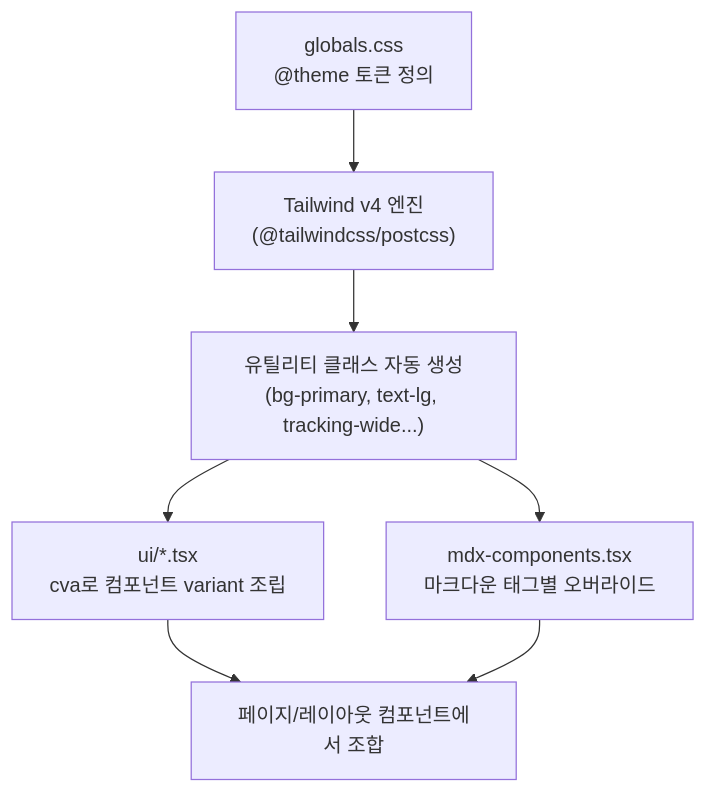
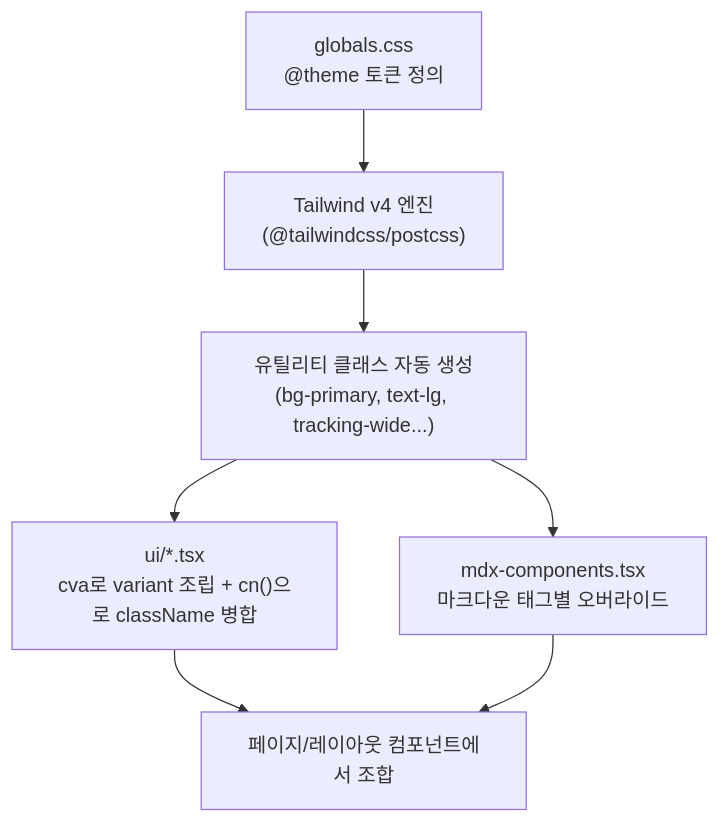
One commit to jeongho3786/myblog changed the first of 6 diagrams in docs/css-architecture.md. Above: the diagram before and after it, drawn with Mermaid. The commit also changed 11 other files, not shown here.

````diff
--- a/docs/css-architecture.md
+++ b/docs/css-architecture.md
@@ -9,9 +9,9 @@
 ```mermaid
 flowchart TD
     A["globals.css<br/>@theme 토큰 정의"] --> B["Tailwind v4 엔진<br/>(@tailwindcss/postcss)"]
     B --> C["유틸리티 클래스 자동 생성<br/>(bg-primary, text-lg, tracking-wide...)"]
-    C --> D["ui/*.tsx<br/>cva로 컴포넌트 variant 조립"]
+    C --> D["ui/*.tsx<br/>cva로 variant 조립 + cn()으로 className 병합"]
     C --> E["mdx-components.tsx<br/>마크다운 태그별 오버라이드"]
     D --> F["페이지/레이아웃 컴포넌트에서 조합"]
     E --> F
 ```
````
